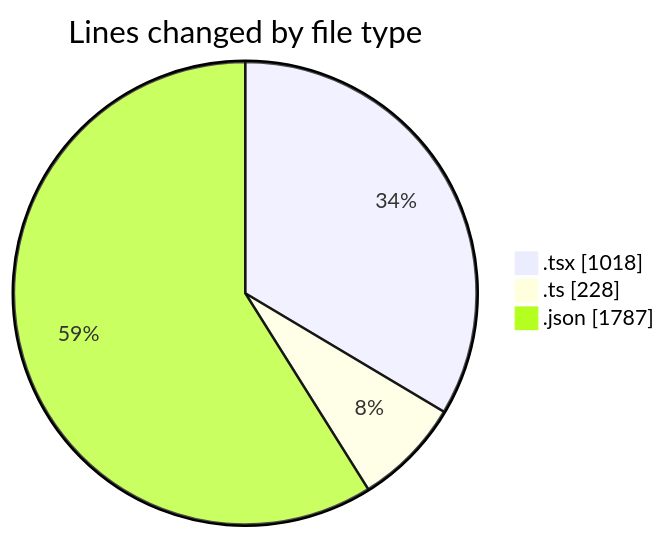
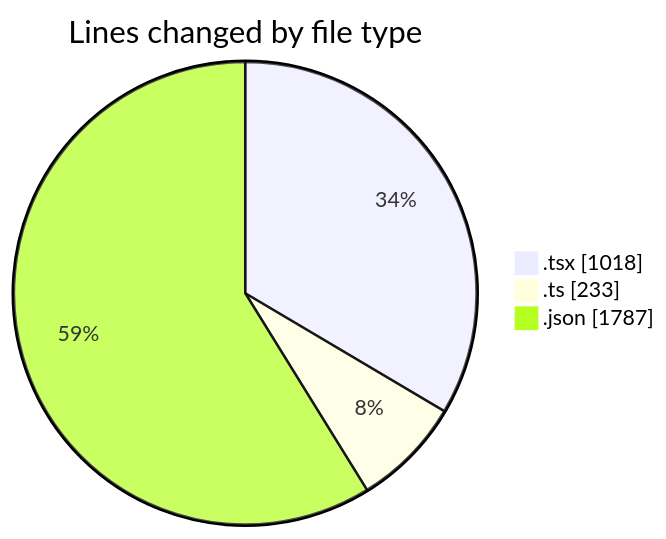
The first of 2 diagrams in 2025-10-31/eventscop-frontend-guide__workspace_/README.md (julien-gomy/code-tracking), drawn with Mermaid before and after one commit. The commit also changed other lines of this file and 1 other file, not shown here.

````diff
--- a/2025-10-31/eventscop-frontend-guide__workspace_/README.md
+++ b/2025-10-31/eventscop-frontend-guide__workspace_/README.md
@@ -27,7 +27,7 @@
 ```mermaid
 pie showData
 title Lines changed by file type
 ".tsx" : 1018
-".ts" : 228
+".ts" : 233
 ".json" : 1787
 ```
````
